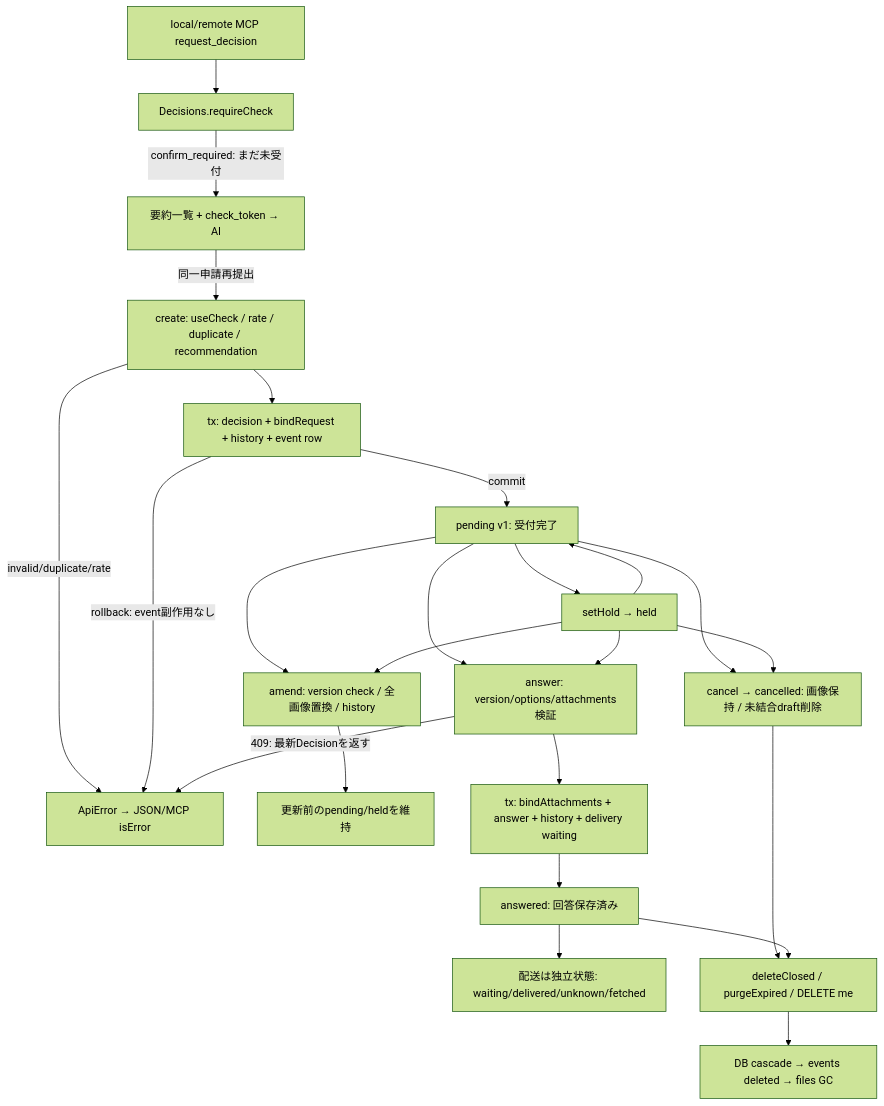
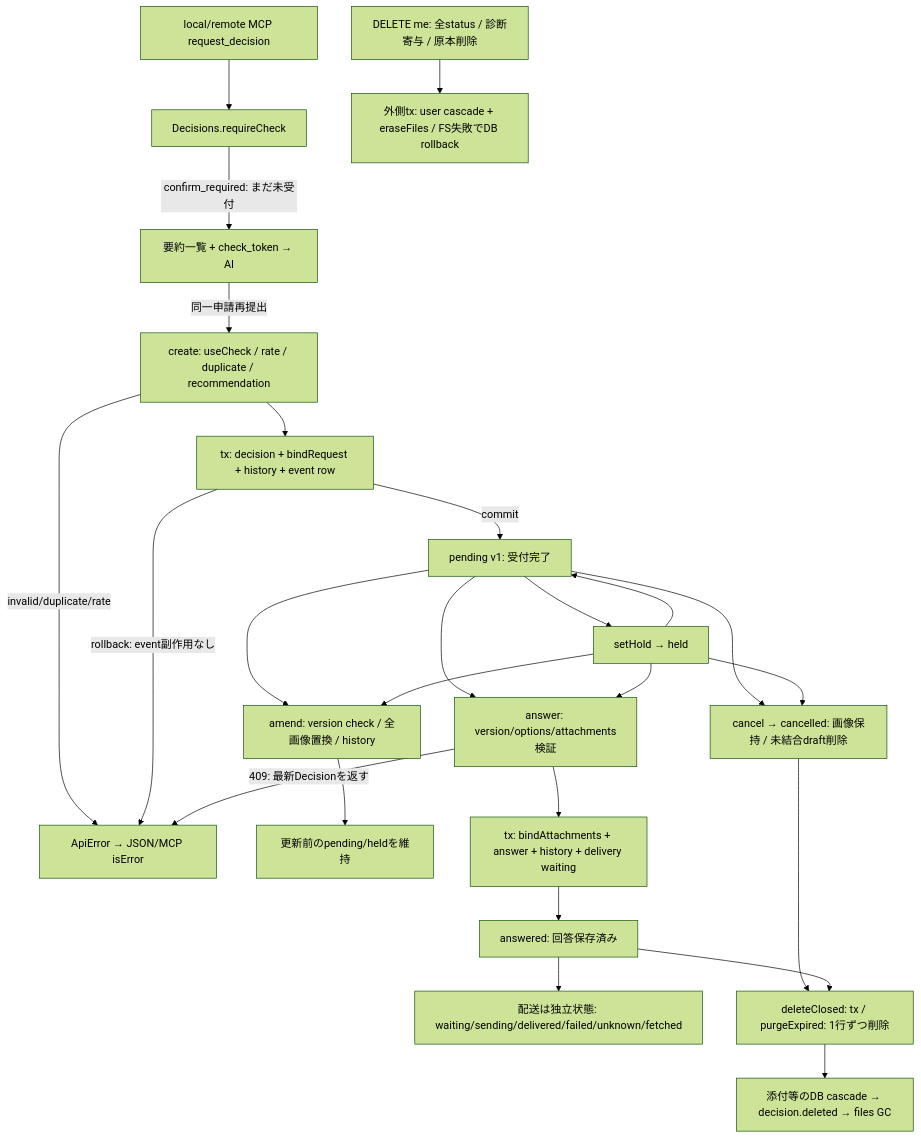
Before and after one commit to kitepon/approval-box: the diagram in docs/refactoring/final/decisions.mmd, drawn with Mermaid (forest theme). The commit also changed 35 other files, not shown here.

```diff
--- a/docs/refactoring/final/decisions.mmd
+++ b/docs/refactoring/final/decisions.mmd
@@ -1,24 +1,25 @@
 flowchart TD
  ASK["local/remote MCP request_decision"] --> CHECK["Decisions.requireCheck"]
  CHECK -->|confirm_required: まだ未受付| LIST["要約一覧 + check_token → AI"]
  LIST -->|同一申請再提出| CREATE["create: useCheck / rate / duplicate / recommendation"]
  CREATE -->|invalid/duplicate/rate| ERROR["ApiError → JSON/MCP isError"]
  CREATE --> TX["tx: decision + bindRequest + history + event row"]
  TX -->|rollback: event副作用なし| ERROR
  TX -->|commit| PENDING["pending v1: 受付完了"]
  PENDING --> HOLD["setHold → held"]
  HOLD --> PENDING
  PENDING --> AMEND["amend: version check / 全画像置換 / history"]
  HOLD --> AMEND
  AMEND --> PRESERVE["更新前のpending/heldを維持"]
  PENDING --> CANCEL["cancel → cancelled: 画像保持 / 未結合draft削除"]
  HOLD --> CANCEL
  PENDING --> ANSWER["answer: version/options/attachments検証"]
  HOLD --> ANSWER
  ANSWER -->|409: 最新Decisionを返す| ERROR
  ANSWER --> ATX["tx: bindAttachments + answer + history + delivery waiting"]
  ATX --> ANSWERED["answered: 回答保存済み"]
- ANSWERED --> DELIVERY["配送は独立状態: waiting/delivered/unknown/fetched"]
- CANCEL --> DELETE["deleteClosed / purgeExpired / DELETE me"]
+ ANSWERED --> DELIVERY["配送は独立状態: waiting/sending/delivered/failed/unknown/fetched"]
+ CANCEL --> DELETE["deleteClosed: tx / purgeExpired: 1行ずつ削除"]
  ANSWERED --> DELETE
- DELETE --> GC["DB cascade → events deleted → files GC"]
+ DELETE --> GC["添付等のDB cascade → decision.deleted → files GC"]
+ ACCOUNT["DELETE me: 全status / 診断寄与 / 原本削除"] --> ACCOUNT_TX["外側tx: user cascade + eraseFiles / FS失敗でDB rollback"]
```
